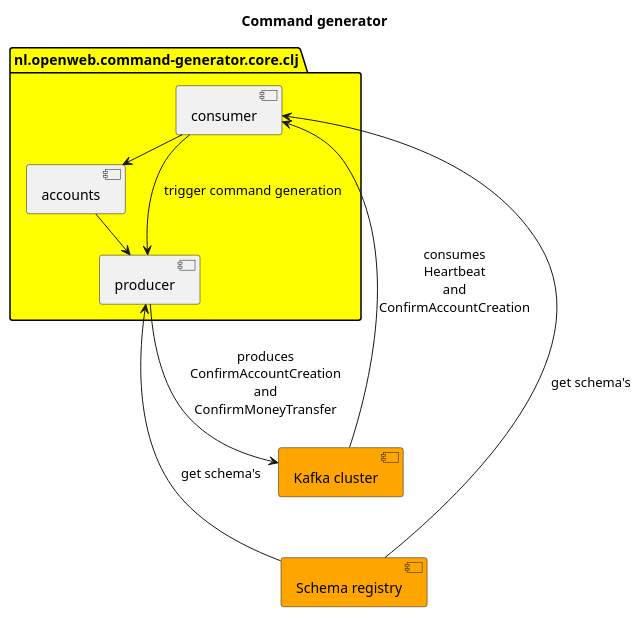
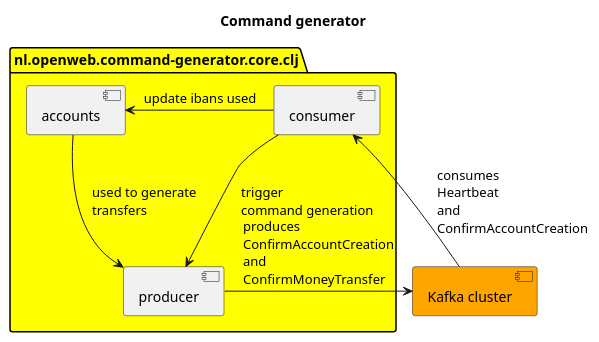
One commit to openweb-nl/open-bank-mark changed the diagram in resources/command-generator.puml. Above: the diagram before and after it, drawn with PlantUML. The commit also changed 12 other files, not shown here.

Commit message:
small improvements to the uml's

```diff
--- a/resources/command-generator.puml
+++ b/resources/command-generator.puml
@@ -1,21 +1,18 @@
 @startuml
 
 title Command generator
 
 package "nl.openweb.command-generator.core.clj" #Yellow {
     component accounts as a
     component consumer as c
     component producer as p
 }
 [Kafka cluster] as kc #Orange
-[Schema registry] as sr #Orange
 
-c -> a  :update accounts
-a -> p  :used to generate transfers
-c --> p :trigger command generation
-p --> kc :produces\nConfirmAccountCreation\nand\nConfirmMoneyTransfer
-c <-- kc :consumes\nHeartbeat\nand\nConfirmAccountCreation
-c <--- sr :get schema's
-p <--- sr :get schema's
+c -> a  :update ibans used
+a --> p  :used to generate\ltransfers
+c -> p :trigger\lcommand generation
+p -> kc :produces\lConfirmAccountCreation\nand\nConfirmMoneyTransfer
+c <-- kc :consumes\lHeartbeat\nand\nConfirmAccountCreation
 
 @enduml
```
